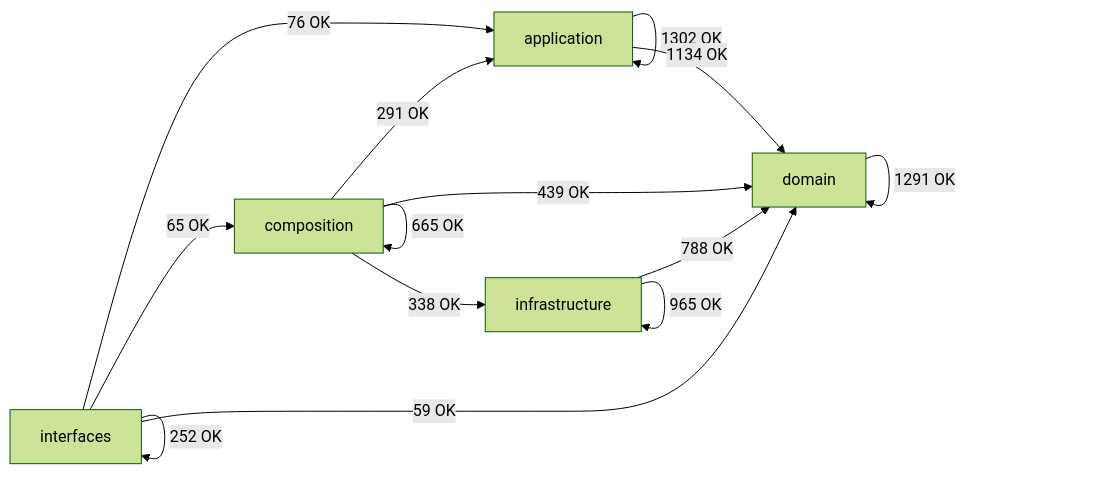
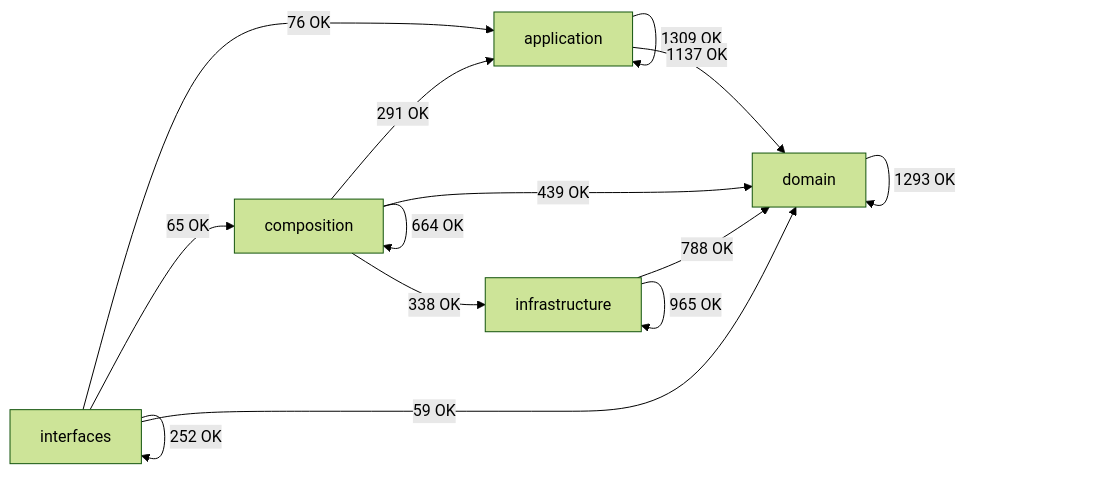
Before and after one commit to SatoryKono/BioactivityDataAcquisition: the diagram in docs/02-architecture/generated/module-dependency-map.md, drawn with Mermaid (forest theme). The commit also changed other lines of this file and 2 other files, not shown here.

````diff
--- a/docs/02-architecture/generated/module-dependency-map.md
+++ b/docs/02-architecture/generated/module-dependency-map.md
@@ -17,21 +17,21 @@
 ```mermaid
 flowchart LR
     domain[domain]
     application[application]
     infrastructure[infrastructure]
     composition[composition]
     interfaces[interfaces]
-    application -->|1302 OK| application
-    application -->|1134 OK| domain
+    application -->|1309 OK| application
+    application -->|1137 OK| domain
     composition -->|291 OK| application
-    composition -->|665 OK| composition
+    composition -->|664 OK| composition
     composition -->|439 OK| domain
     composition -->|338 OK| infrastructure
-    domain -->|1291 OK| domain
+    domain -->|1293 OK| domain
     infrastructure -->|788 OK| domain
     infrastructure -->|965 OK| infrastructure
     interfaces -->|76 OK| application
     interfaces -->|65 OK| composition
     interfaces -->|59 OK| domain
     interfaces -->|252 OK| interfaces
 ```
````
